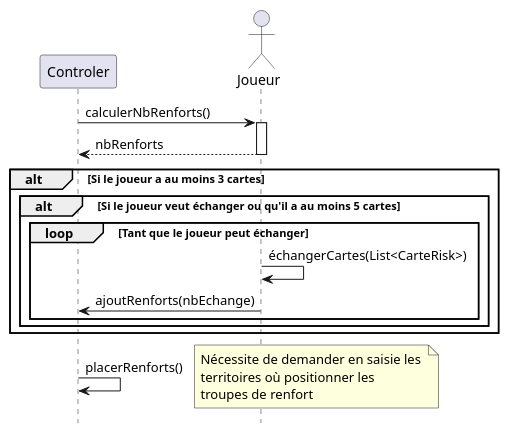
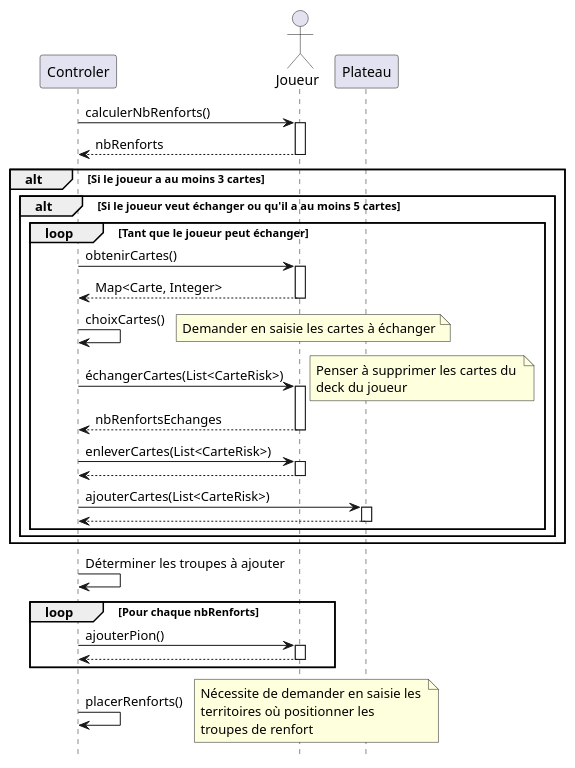
Before and after one commit to manuvai/risk2023: the diagram in docs/dse/inc/renfort.puml, drawn with PlantUML.

Commit message:
feat: Ajout de documentation

```diff
--- a/docs/dse/inc/renfort.puml
+++ b/docs/dse/inc/renfort.puml
@@ -1,24 +1,49 @@
 
 hide footbox
 
 participant "Controler" as ctrl
 actor "Joueur" as user
+participant "Plateau" as plat
 
 ctrl -> user ++: calculerNbRenforts()
 return nbRenforts
 
 alt Si le joueur a au moins 3 cartes
     alt Si le joueur veut échanger ou qu'il a au moins 5 cartes
         loop Tant que le joueur peut échanger
-            user -> user : échangerCartes(List<CarteRisk>)
-            user -> ctrl : ajoutRenforts(nbEchange)
+            ctrl -> user ++: obtenirCartes()
+            return Map<Carte, Integer>
+
+            ctrl -> ctrl : choixCartes()
+            note right
+                Demander en saisie les cartes à échanger
+            end note
+            ctrl -> user ++: échangerCartes(List<CarteRisk>)
+                note right
+                    Penser à supprimer les cartes du 
+                    deck du joueur
+                end note
+            return nbRenfortsEchanges
+
+            ctrl -> user++: enleverCartes(List<CarteRisk>)
+            return
+
+            ctrl -> plat++:ajouterCartes(List<CarteRisk>)
+            return
         end
     end
 end
 
+ctrl -> ctrl : Déterminer les troupes à ajouter
+
+loop Pour chaque nbRenforts
+    ctrl -> user ++: ajouterPion()
+    return
+    
+end
 ctrl -> ctrl : placerRenforts()
 note right
     Nécessite de demander en saisie les 
     territoires où positionner les 
     troupes de renfort
 end note
```
